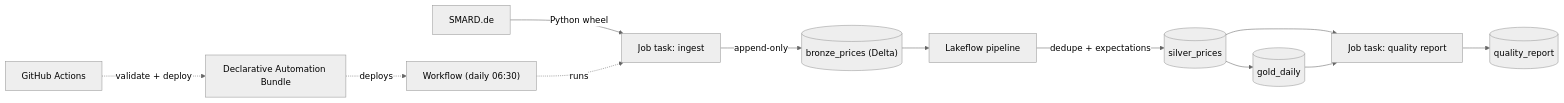
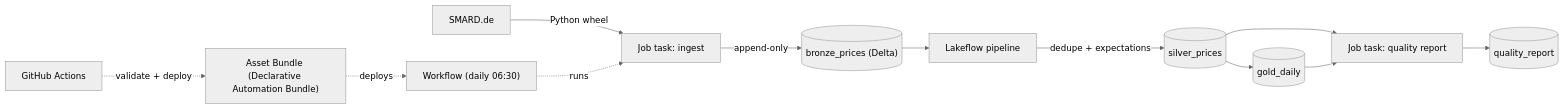
The diagram in README.md (kaeldrin-gh/databricks-energy-quality), drawn with Mermaid (neutral theme) before and after one commit. The commit also changed other lines of this file, not shown here.

Commit message:
Name the features as job ads do: medallion, Delta Live Tables, Asset Bundles

````diff
--- a/README.md
+++ b/README.md
@@ -42,14 +46,14 @@
 ```mermaid
 flowchart LR
     SMARD["SMARD.de"] -->|"Python wheel"| I["Job task: ingest"]
     I -->|append-only| B[("bronze_prices (Delta)")]
     B --> P["Lakeflow pipeline"]
     P -->|"dedupe + expectations"| S[("silver_prices")]
     S --> G[("gold_daily")]
     S --> Q["Job task: quality report"]
     G --> Q
     Q --> R[("quality_report")]
     W["Workflow (daily 06:30)"] -.runs.-> I
-    T["Declarative Automation Bundle"] -.deploys.-> W
+    T["Asset Bundle (Declarative Automation Bundle)"] -.deploys.-> W
     C["GitHub Actions"] -.validate + deploy.-> T
 ```
````
